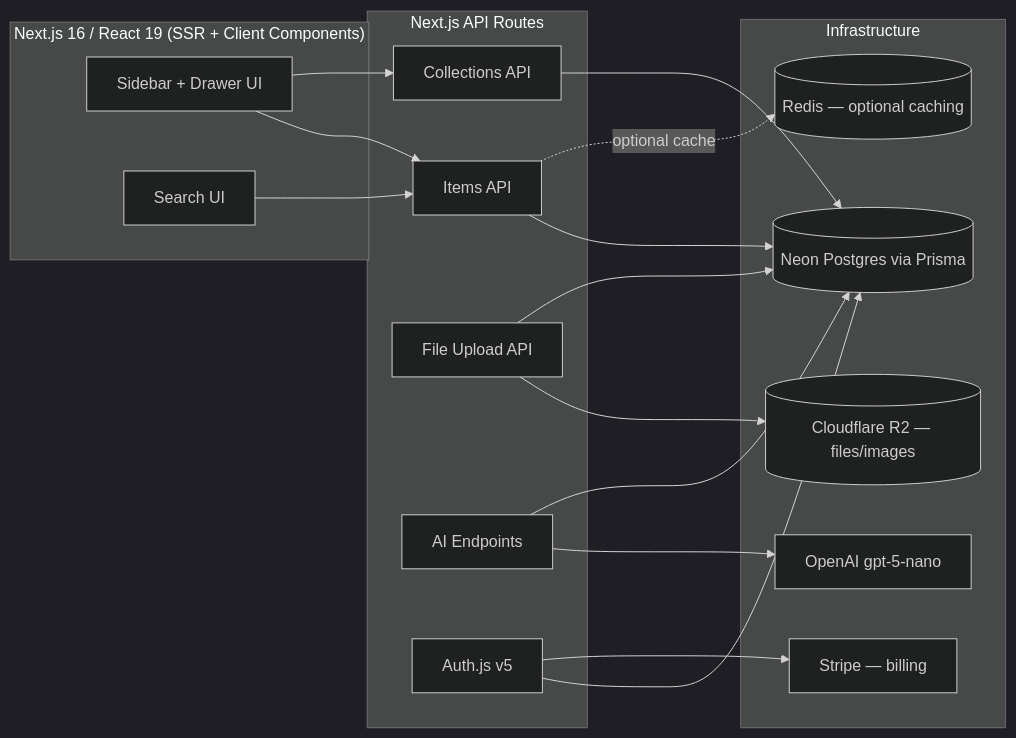
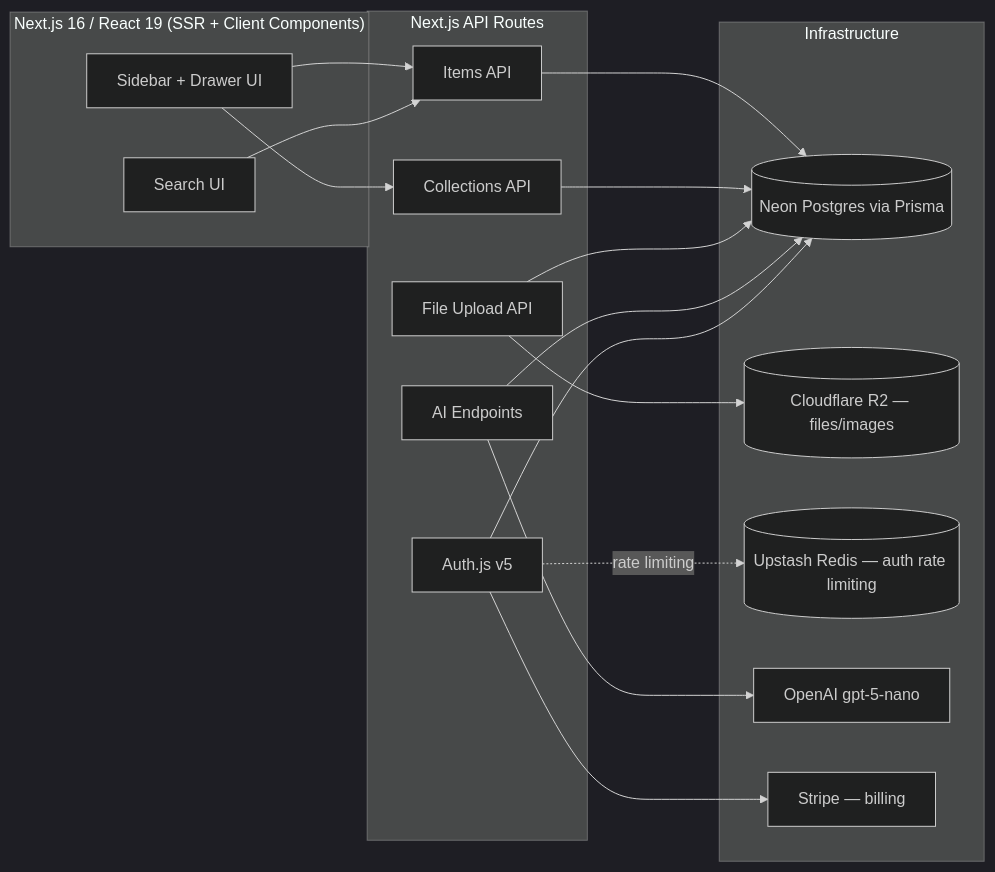
One commit to Eddyson2214/devstash changed the second of 2 diagrams in context/project-overview.md. Above: the diagram before and after it, drawn with Mermaid (dark theme). The commit also changed other lines of this file and 1 other file, not shown here.

Commit message:
chore: ignore playwright-mcp logs and fix stale Redis docs
Redis is already live via Upstash for auth rate limiting; project-overview.md previously described it as optional/deferred caching.

````diff
--- a/context/project-overview.md
+++ b/context/project-overview.md
@@ -331,36 +331,36 @@
 ```mermaid
 flowchart LR
     subgraph Client["Next.js 16 / React 19 (SSR + Client Components)"]
         UI[Sidebar + Drawer UI]
         Search[Search UI]
     end
 
     subgraph API["Next.js API Routes"]
         ItemsAPI[Items API]
         CollectionsAPI[Collections API]
         UploadAPI[File Upload API]
         AIAPI[AI Endpoints]
         AuthAPI[Auth.js v5]
     end
 
     subgraph Infra["Infrastructure"]
         DB[(Neon Postgres via Prisma)]
         R2[(Cloudflare R2 — files/images)]
-        Redis[(Redis — optional caching)]
+        Redis[(Upstash Redis — auth rate limiting)]
         OpenAI[OpenAI gpt-5-nano]
         Stripe[Stripe — billing]
     end
 
     UI --> ItemsAPI
     UI --> CollectionsAPI
     Search --> ItemsAPI
     ItemsAPI --> DB
     CollectionsAPI --> DB
     UploadAPI --> R2
     UploadAPI --> DB
     AIAPI --> OpenAI
     AIAPI --> DB
     AuthAPI --> DB
-    ItemsAPI -.optional cache.-> Redis
+    AuthAPI -.rate limiting.-> Redis
     AuthAPI --> Stripe
 ```
````
